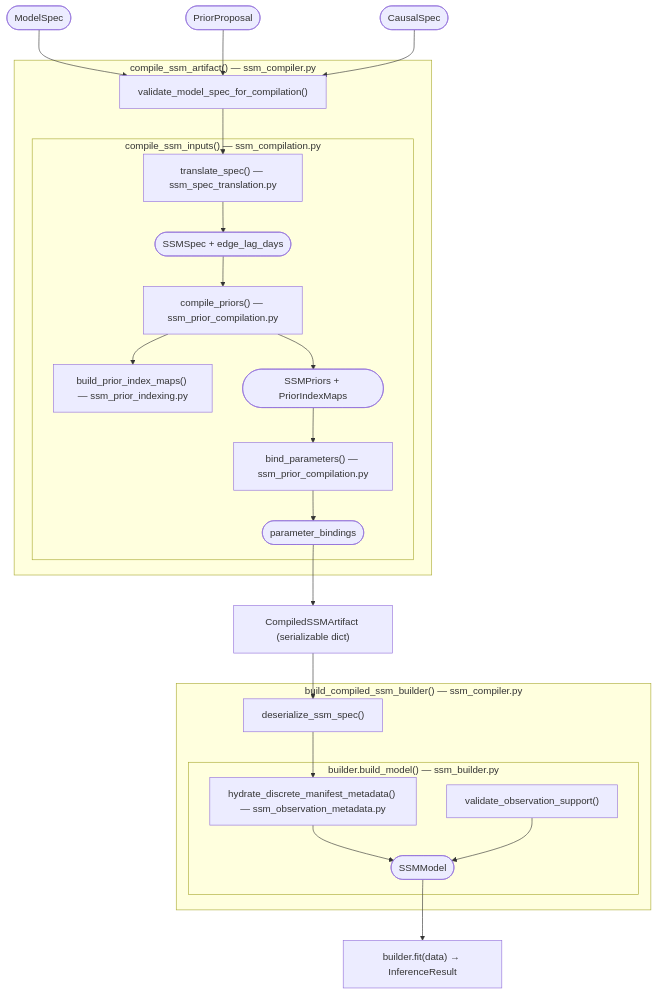
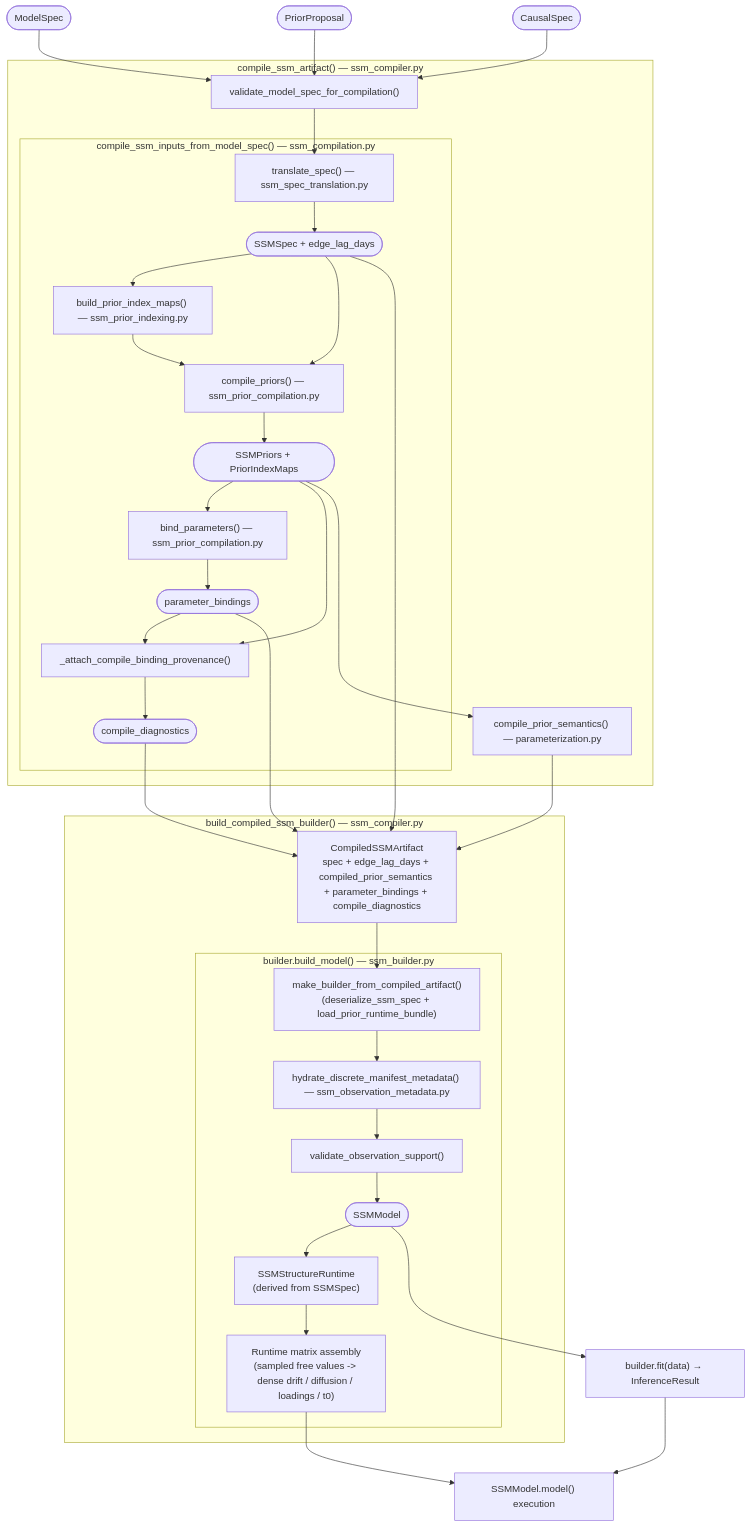
One commit to ma9o/causal-ssm-agent changed the first of 2 diagrams in docs/reference/compilation.md. Above: the diagram before and after it, drawn with Mermaid. The commit also changed other lines of this file and 44 other files, not shown here.

Commit message:
Make Stage 4 and SSM compilation contracts explicit

````diff
--- a/docs/reference/compilation.md
+++ b/docs/reference/compilation.md
@@ -5,47 +5,55 @@
 ```mermaid
 graph TD
     ModelSpec(["ModelSpec"])
     PriorProposal(["PriorProposal"])
     CausalSpec(["CausalSpec"])
 
     ModelSpec & PriorProposal & CausalSpec --> validate
 
     subgraph compile_ssm_artifact ["compile_ssm_artifact() — ssm_compiler.py"]
         validate["validate_model_spec_for_compilation()"]
         validate --> translate
 
-        subgraph compile_ssm_inputs ["compile_ssm_inputs() — ssm_compilation.py"]
+        subgraph compile_model_spec ["compile_ssm_inputs_from_model_spec() — ssm_compilation.py"]
             translate["translate_spec() — ssm_spec_translation.py"]
             translate --> translate_out(["SSMSpec + edge_lag_days"])
+            translate_out --> prior_idx["build_prior_index_maps() — ssm_prior_indexing.py"]
+            prior_idx --> priors["compile_priors() — ssm_prior_compilation.py"]
             translate_out --> priors
+            priors --> priors_out(["SSMPriors + PriorIndexMaps"])
+            priors_out --> bind["bind_parameters() — ssm_prior_compilation.py"]
+            bind --> bind_out(["parameter_bindings"])
+            priors_out --> attach_diag["_attach_compile_binding_provenance()"]
+            bind_out --> attach_diag
+            attach_diag --> diag_out(["compile_diagnostics"])
+        end
 
-            priors["compile_priors() — ssm_prior_compilation.py"]
-            priors --> prior_idx["build_prior_index_maps() — ssm_prior_indexing.py"]
-            priors --> priors_out(["SSMPriors + PriorIndexMaps"])
-            priors_out --> bind
-
-            bind["bind_parameters() — ssm_prior_compilation.py"]
-            bind --> bind_out(["parameter_bindings"])
-        end
+        priors_out --> prior_sem["compile_prior_semantics() — parameterization.py"]
     end
 
-    bind_out --> artifact["CompiledSSMArtifact (serializable dict)"]
-    artifact --> deser
+    translate_out --> artifact
+    prior_sem --> artifact
+    bind_out --> artifact
+    diag_out --> artifact
+    artifact["CompiledSSMArtifact\nspec + edge_lag_days + compiled_prior_semantics + parameter_bindings + compile_diagnostics"]
 
     subgraph build_compiled_ssm_builder ["build_compiled_ssm_builder() — ssm_compiler.py"]
-        deser["deserialize_ssm_spec()"]
-        deser --> hydrate
+        artifact --> builder_ctor["make_builder_from_compiled_artifact()\n(deserialize_ssm_spec + load_prior_runtime_bundle)"]
 
         subgraph build_model ["builder.build_model() — ssm_builder.py"]
-            hydrate["hydrate_discrete_manifest_metadata() — ssm_observation_metadata.py"]
-            validate_obs["validate_observation_support()"]
-            hydrate & validate_obs --> ssm_model(["SSMModel"])
+            builder_ctor --> hydrate["hydrate_discrete_manifest_metadata() — ssm_observation_metadata.py"]
+            hydrate --> validate_obs["validate_observation_support()"]
+            validate_obs --> ssm_model(["SSMModel"])
+            ssm_model --> structure["SSMStructureRuntime\n(derived from SSMSpec)"]
+            structure --> assemble["Runtime matrix assembly\n(sampled free values -> dense drift / diffusion / loadings / t0)"]
         end
     end
 
     ssm_model --> fit["builder.fit(data) → InferenceResult"]
+    fit --> execute["SSMModel.model() execution"]
+    assemble --> execute
 
     click ModelSpec "../pipeline/04-model-specification-priors.md#modelspec"
     click PriorProposal "../pipeline/04-model-specification-priors.md#priorproposal"
     click CausalSpec "../pipeline/01b-measurement-identifiability.md#causalspec"
 ```
````
